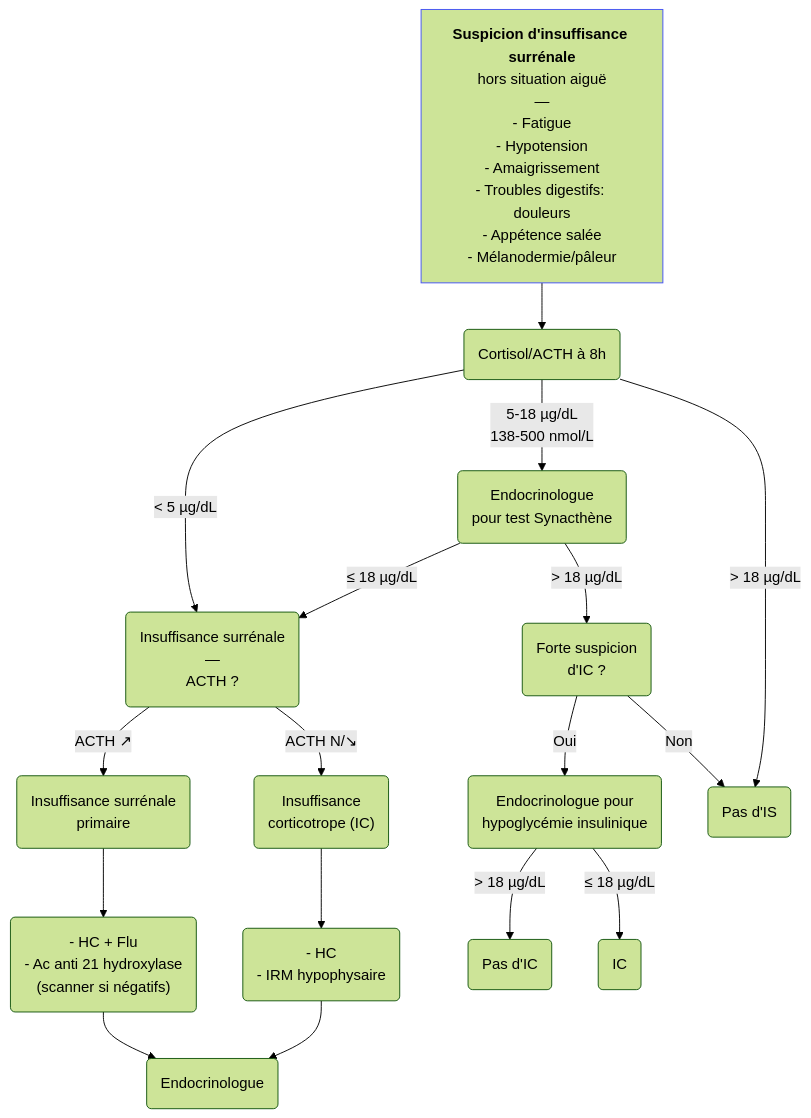
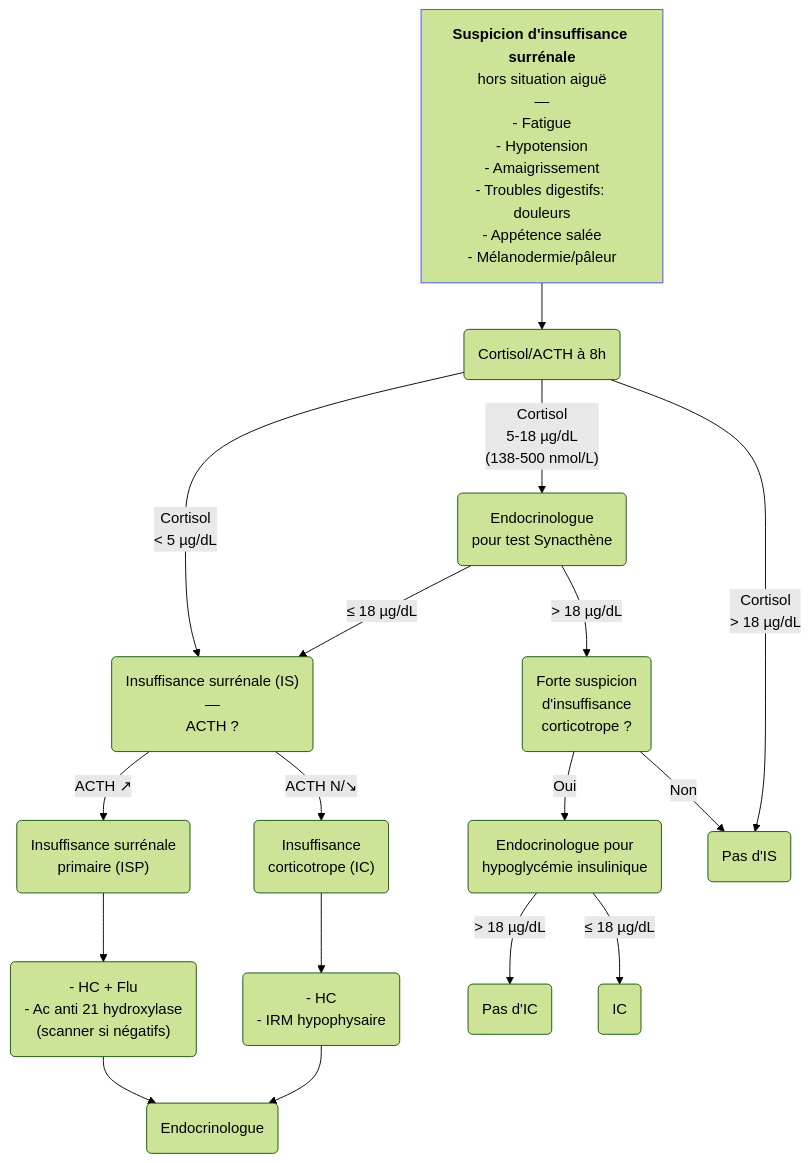
The first of 2 diagrams in content/recommandations/insuffisance-surrenale.md (djibe/recommandations-medicales), drawn with Mermaid (forest theme) before and after one commit. The commit also changed other lines of this file and 8 other files, not shown here.

```diff
--- a/content/recommandations/insuffisance-surrenale.md
+++ b/content/recommandations/insuffisance-surrenale.md
@@ -308,12 +308,12 @@
 {{< mermaid title="Prise en charge de la suspicion d'insuffisance surrénale (IS) par le médecin généraliste (à partir de 2 ans - bilans de l'adulte). Dr JB Fron d'après NICE et SFE" >}}
 graph TB
-  suspicion["<b>Suspicion d'insuffisance surrénale</b><br>hors situation aiguë<br>—<br>- Fatigue<br>- Hypotension<br>- Amaigrissement<br>- Troubles digestifs: douleurs<br>- Appétence salée<br>- Mélanodermie/pâleur"] --> bilan("Cortisol/ACTH à 8h") -- "&lt; 5 µg/dL" --> bas("Insuffisance surrénale<br>—<br>ACTH ?") -- "ACTH ↗" --> ISP("Insuffisance surrénale<br>primaire") --> ISP2("- HC + Flu<br>- Ac anti 21 hydroxylase<br>(scanner si négatifs)") --> endocrinologue(Endocrinologue)
+  suspicion["<b>Suspicion d'insuffisance surrénale</b><br>hors situation aiguë<br>—<br>- Fatigue<br>- Hypotension<br>- Amaigrissement<br>- Troubles digestifs: douleurs<br>- Appétence salée<br>- Mélanodermie/pâleur"] --> bilan("Cortisol/ACTH à 8h") -- "Cortisol<br>&lt; 5 µg/dL" --> bas("Insuffisance surrénale (IS)<br>—<br>ACTH ?") -- "ACTH ↗" --> ISP("Insuffisance surrénale<br>primaire (ISP)") --> ISP2("- HC + Flu<br>- Ac anti 21 hydroxylase<br>(scanner si négatifs)") --> endocrinologue(Endocrinologue)
     bas -- "ACTH N/↘" --> IC("Insuffisance<br>corticotrope (IC)") --> IC2("- HC<br>- IRM hypophysaire") --> endocrinologue
-    bilan -- "5-18 µg/dL<br>138-500 nmol/L" --> suspecte("Endocrinologue<br>pour test Synacthène") -- "≤ 18 µg/dL" --> bas
-      suspecte --"&gt; 18 µg/dL" --> forte_suspicion("Forte suspicion<br>d'IC ?")
+    bilan -- "Cortisol<br>5-18 µg/dL<br>(138-500 nmol/L)" --> suspecte("Endocrinologue<br>pour test Synacthène") -- "≤ 18 µg/dL" --> bas
+      suspecte --"&gt; 18 µg/dL" --> forte_suspicion("Forte suspicion<br>d'insuffisance<br>corticotrope ?")
         forte_suspicion -- Oui --> hypoglycémie(Endocrinologue pour<br>hypoglycémie insulinique) -- "&gt; 18 µg/dL" --> négative(Pas d'IC)
           hypoglycémie -- "≤ 18 µg/dL" --> positive(IC)
         forte_suspicion -- Non --> écartée
-    bilan -- "&gt; 18 µg/dL" --> écartée(Pas d'IS)
+    bilan -- "Cortisol<br>&gt; 18 µg/dL" --> écartée(Pas d'IS)
   style suspicion stroke:#4150f5, stroke-width:1px
 {{< /mermaid >}}
```
